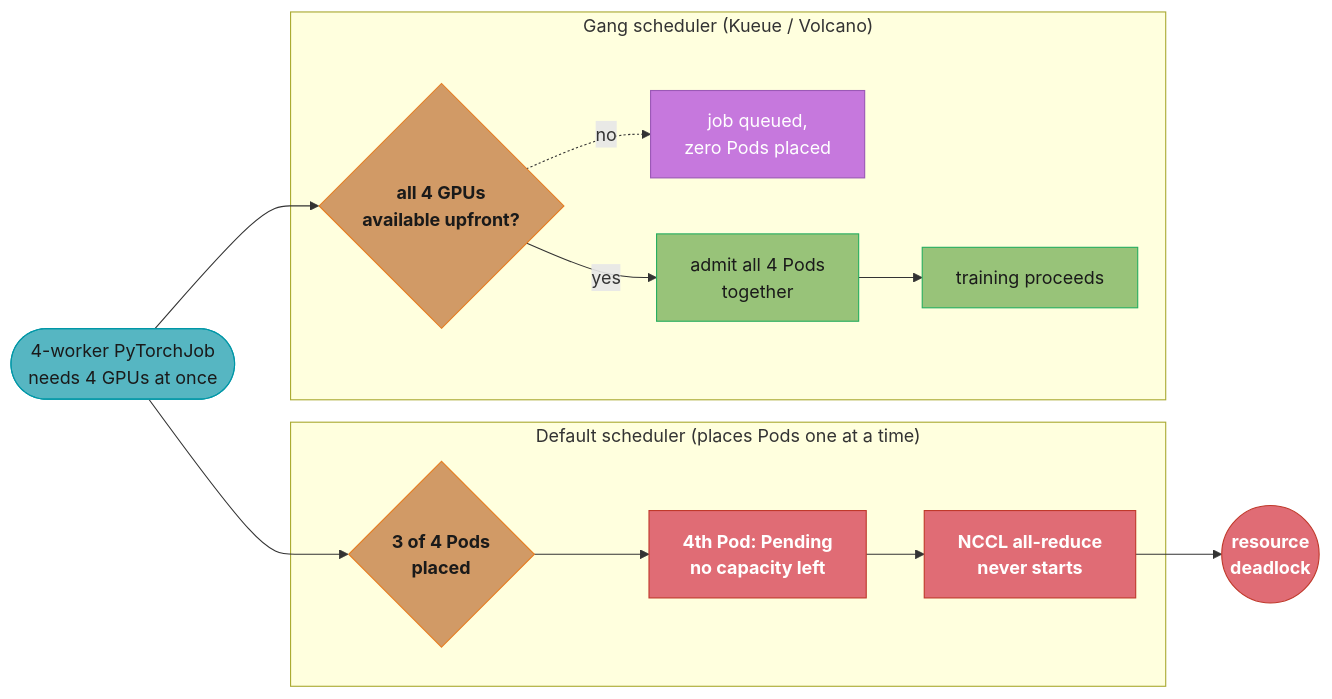
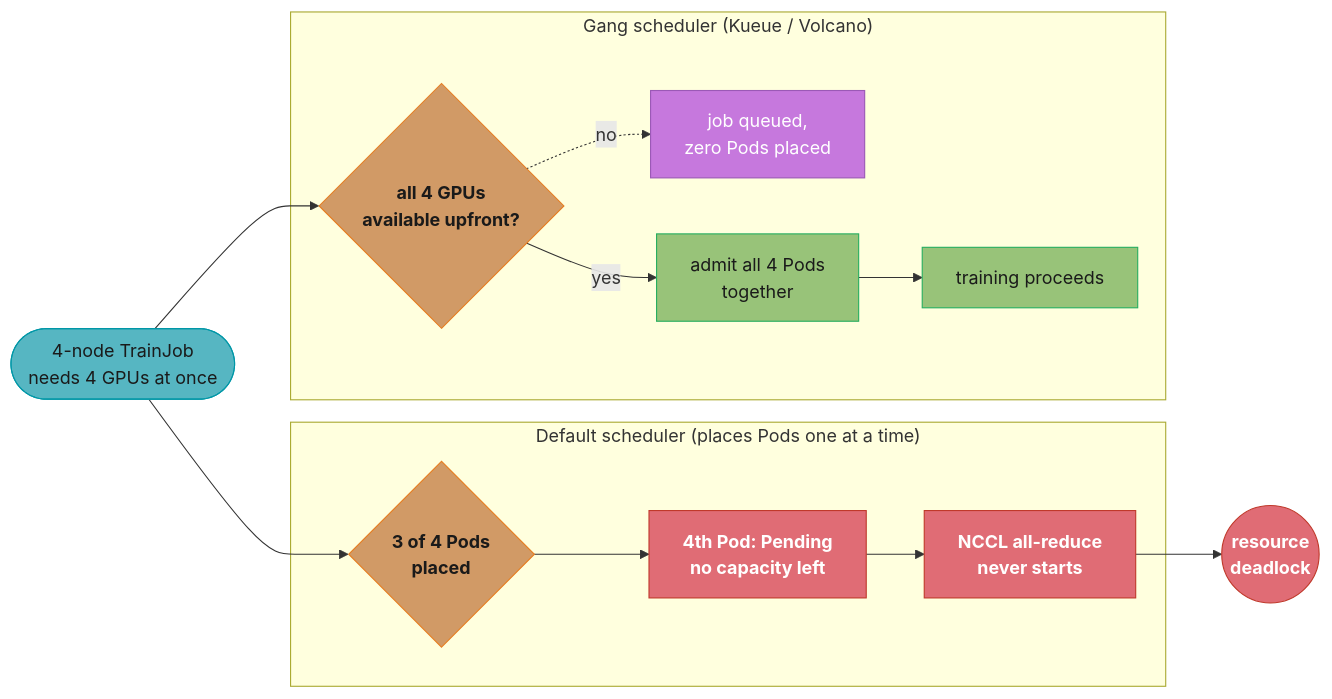
Before and after one commit to rppol/system-design: the second of 3 diagrams in src/main/java/com/rutik/systemdesign/devops/ml_platform_and_gpu_infrastructure/ml_platform_and_gpu_infrastructure.md, drawn with Mermaid. The commit also changed other lines of this file and 4 other files, not shown here.

````diff
--- a/src/main/java/com/rutik/systemdesign/devops/ml_platform_and_gpu_infrastructure/ml_platform_and_gpu_infrastructure.md
+++ b/src/main/java/com/rutik/systemdesign/devops/ml_platform_and_gpu_infrastructure/ml_platform_and_gpu_infrastructure.md
@@ -397,39 +397,39 @@
 ```mermaid
 flowchart LR
     classDef io      fill:#61afef,stroke:#2e86c1,color:#1a1a1a,font-weight:bold
     classDef frozen  fill:#c678dd,stroke:#9b59b6,color:#fff
     classDef train   fill:#98c379,stroke:#27ae60,color:#1a1a1a
     classDef mathOp  fill:#d19a66,stroke:#e67e22,color:#1a1a1a,font-weight:bold
     classDef lossN   fill:#e06c75,stroke:#c0392b,color:#fff,font-weight:bold
     classDef req     fill:#56b6c2,stroke:#0097a7,color:#1a1a1a
     classDef base    fill:#e5c07b,stroke:#f39c12,color:#1a1a1a
 
-    job(["4-worker PyTorchJob<br/>needs 4 GPUs at once"])
+    job(["4-node TrainJob<br/>needs 4 GPUs at once"])
 
     subgraph default_sched ["Default scheduler (places Pods one at a time)"]
         d1{"3 of 4 Pods<br/>placed"}
         d2["4th Pod: Pending<br/>no capacity left"]
         d3["NCCL all-reduce<br/>never starts"]
         d1 --> d2 --> d3
     end
 
     subgraph gang_sched ["Gang scheduler (Kueue / Volcano)"]
         g1{"all 4 GPUs<br/>available upfront?"}
         g4["job queued,<br/>zero Pods placed"]
         g2["admit all 4 Pods<br/>together"]
         g3["training proceeds"]
         g1 -.->|"no"| g4
         g1 -->|"yes"| g2
         g2 --> g3
     end
 
     job --> d1
     job --> g1
     d3 --> deadlock(("resource<br/>deadlock"))
 
     class job req
     class d1,g1 mathOp
     class d2,d3,deadlock lossN
     class g4 frozen
     class g2,g3 train
 ```
````
